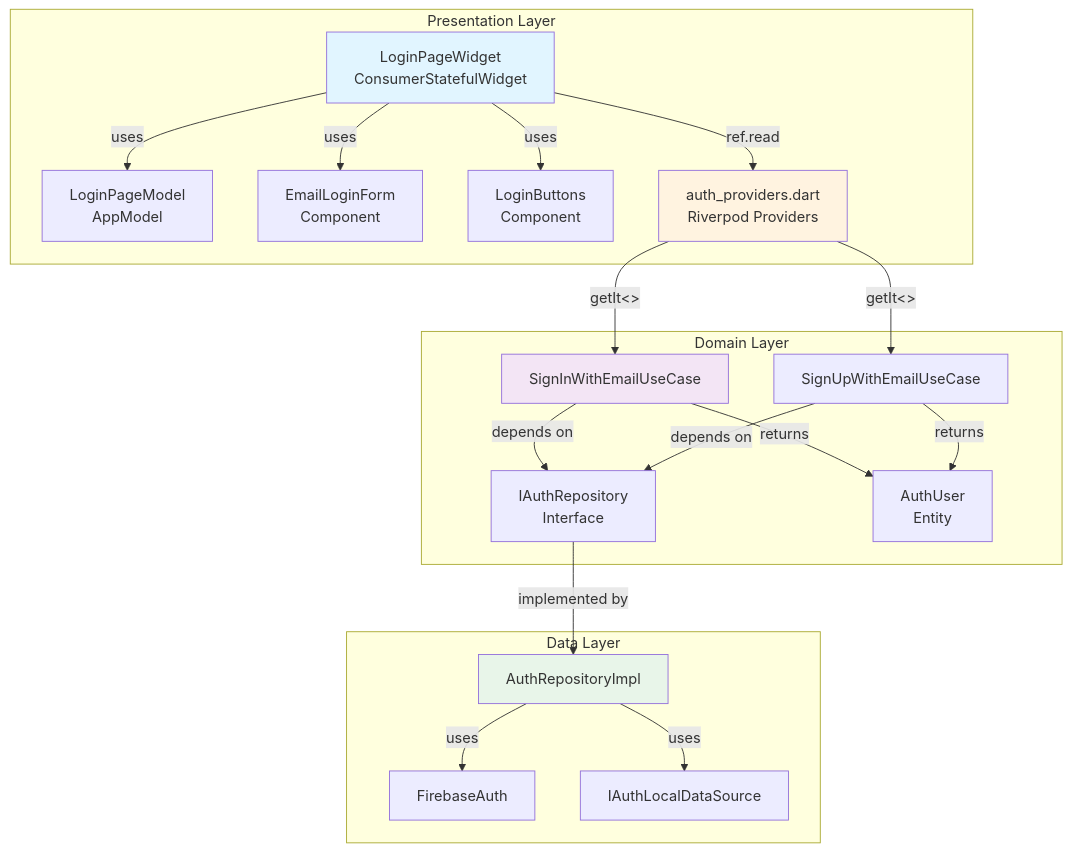
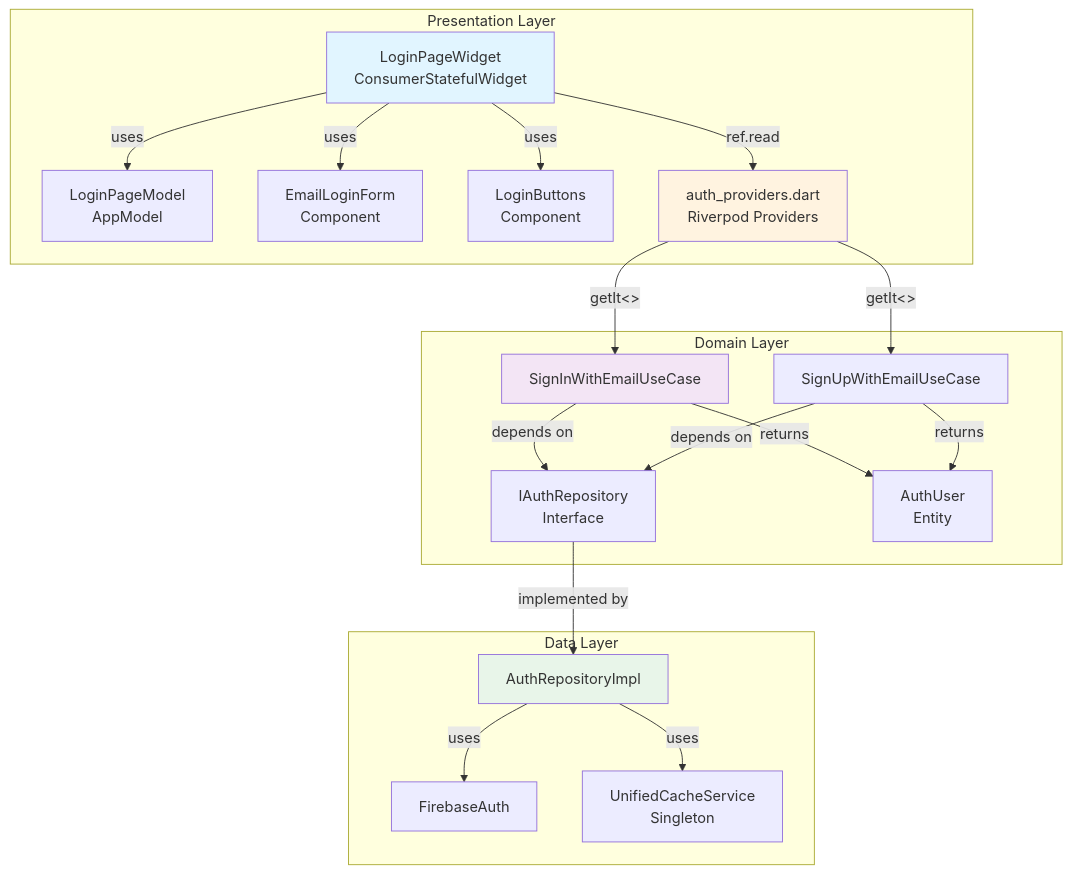
Before and after one commit to gblack84/versus-cursor: the diagram in lib/features/auth/presentation/README.md, drawn with Mermaid. The commit also changed other lines of this file and 122 other files, not shown here.

First line of the commit message:
refactor: Migrate to Firebase-Centric v2.0 with UnifiedCache

````diff
--- a/lib/features/auth/presentation/README.md
+++ b/lib/features/auth/presentation/README.md
@@ -1714,45 +1714,45 @@
 ```mermaid
 graph TD
     subgraph "Presentation Layer"
         A[LoginPageWidget<br/>ConsumerStatefulWidget]
         B[LoginPageModel<br/>AppModel]
         C[EmailLoginForm<br/>Component]
         D[LoginButtons<br/>Component]
         E[auth_providers.dart<br/>Riverpod Providers]
     end
 
     subgraph "Domain Layer"
         F[SignInWithEmailUseCase]
         G[SignUpWithEmailUseCase]
         H[IAuthRepository<br/>Interface]
         I[AuthUser<br/>Entity]
     end
 
     subgraph "Data Layer"
         J[AuthRepositoryImpl]
         K[FirebaseAuth]
-        L[IAuthLocalDataSource]
+        L[UnifiedCacheService<br/>Singleton]
     end
 
     A -->|uses| B
     A -->|uses| C
     A -->|uses| D
     A -->|ref.read| E
 
     E -->|getIt<>| F
     E -->|getIt<>| G
 
     F -->|depends on| H
     G -->|depends on| H
     F -->|returns| I
     G -->|returns| I
 
     H -->|implemented by| J
     J -->|uses| K
     J -->|uses| L
 
     style A fill:#e1f5ff
     style E fill:#fff3e0
     style F fill:#f3e5f5
     style J fill:#e8f5e9
 ```
````
